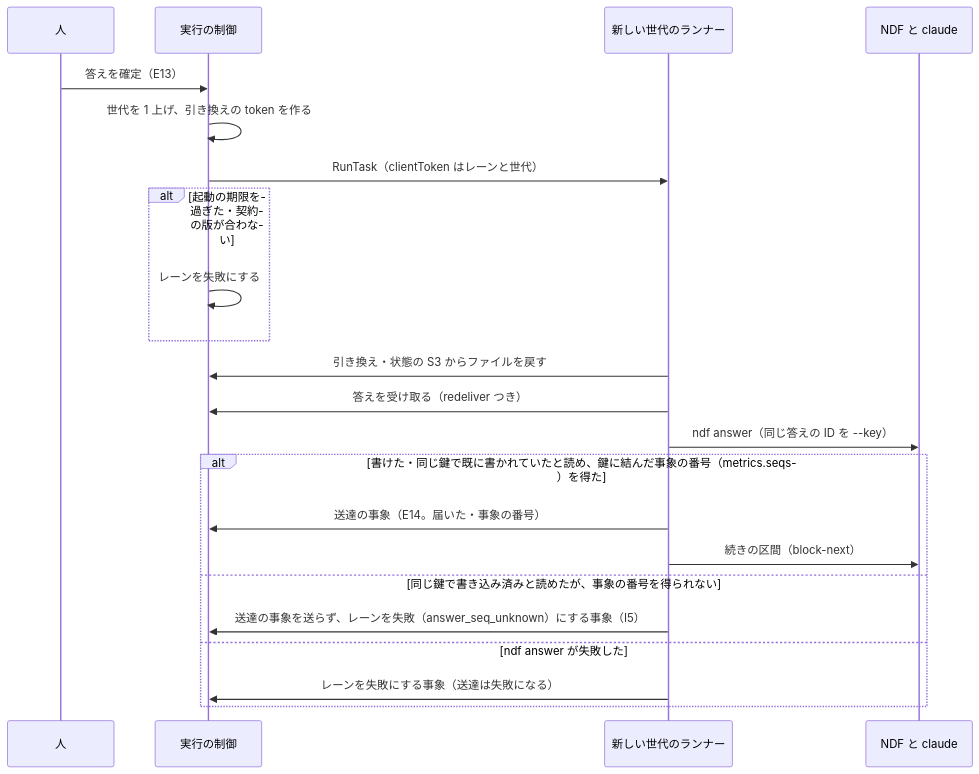
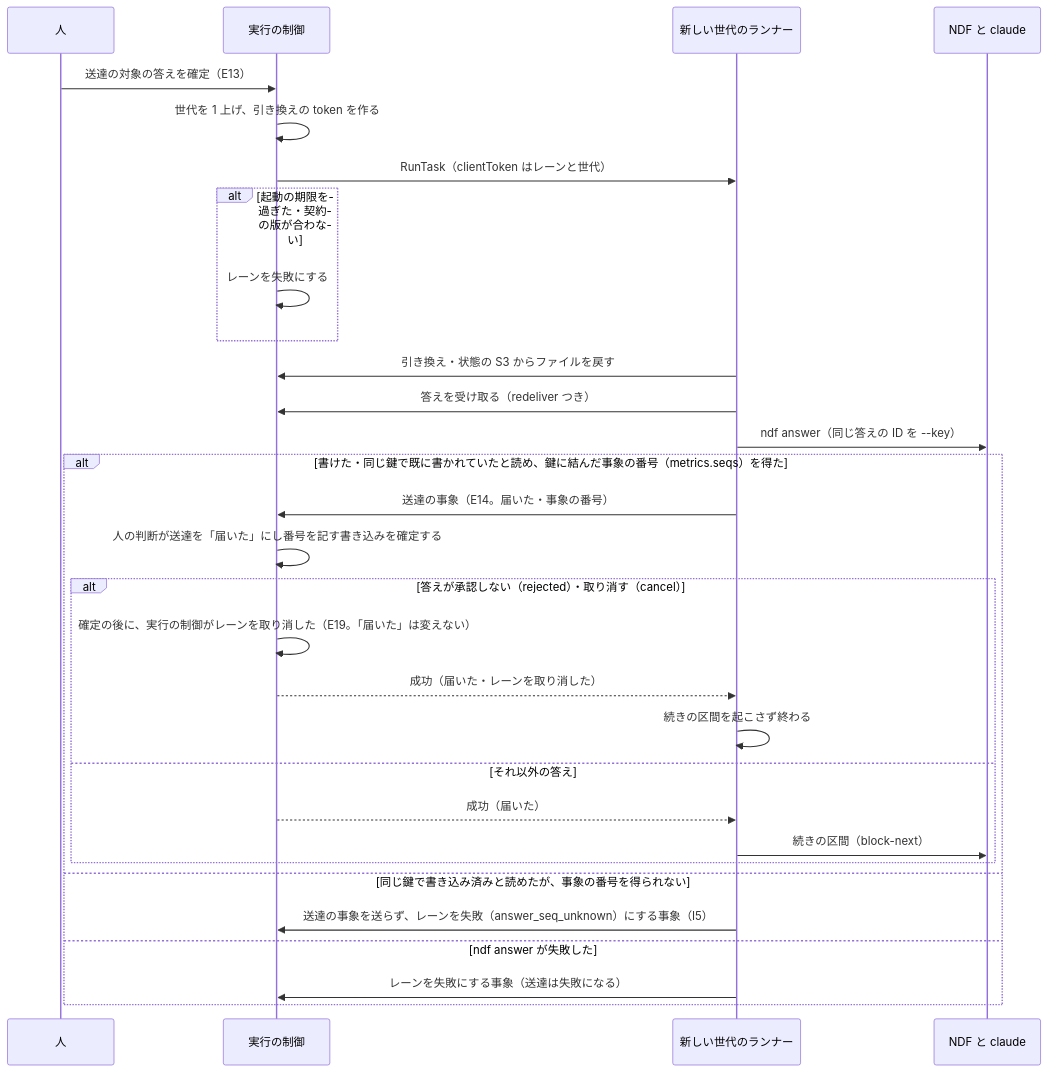
The fifth of 10 diagrams in docs/design/execution.md (devbasex/nd-factory), drawn with Mermaid before and after one commit. The commit also changed other lines of this file and 5 other files, not shown here.

````diff
--- a/docs/design/execution.md
+++ b/docs/design/execution.md
@@ -190,24 +198,32 @@
 ```mermaid
 sequenceDiagram
     participant H as 人
     participant API as 実行の制御
     participant R as 新しい世代のランナー
     participant N as NDF と claude
-    H->>API: 答えを確定（E13）
+    H->>API: 送達の対象の答えを確定（E13）
     API->>API: 世代を 1 上げ、引き換えの token を作る
     API->>R: RunTask（clientToken はレーンと世代）
     alt 起動の期限を過ぎた・契約の版が合わない
         API->>API: レーンを失敗にする
     end
     R->>API: 引き換え・状態の S3 からファイルを戻す
     R->>API: 答えを受け取る（redeliver つき）
     R->>N: ndf answer（同じ答えの ID を --key）
     alt 書けた・同じ鍵で既に書かれていたと読め、鍵に結んだ事象の番号（metrics.seqs）を得た
         R->>API: 送達の事象（E14。届いた・事象の番号）
-        R->>N: 続きの区間（block-next）
+        API->>API: 人の判断が送達を「届いた」にし番号を記す書き込みを確定する
+        alt 答えが承認しない（rejected）・取り消す（cancel）
+            API->>API: 確定の後に、実行の制御がレーンを取り消した（E19。「届いた」は変えない）
+            API-->>R: 成功（届いた・レーンを取り消した）
+            R->>R: 続きの区間を起こさず終わる
+        else それ以外の答え
+            API-->>R: 成功（届いた）
+            R->>N: 続きの区間（block-next）
+        end
     else 同じ鍵で書き込み済みと読めたが、事象の番号を得られない
         R->>API: 送達の事象を送らず、レーンを失敗（answer_seq_unknown）にする事象（I5）
     else ndf answer が失敗した
         R->>API: レーンを失敗にする事象（送達は失敗になる）
     end
 ```
````
